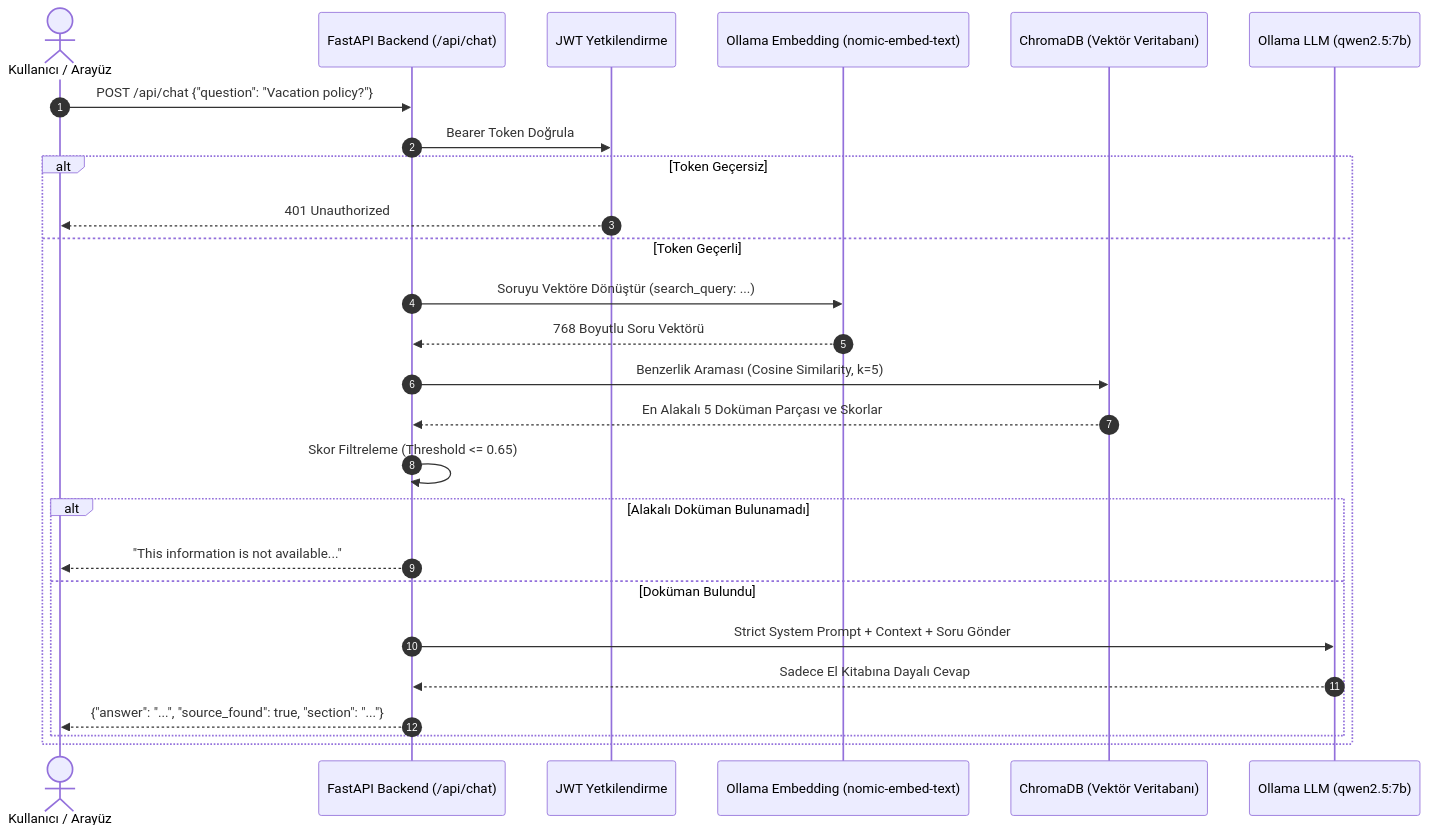
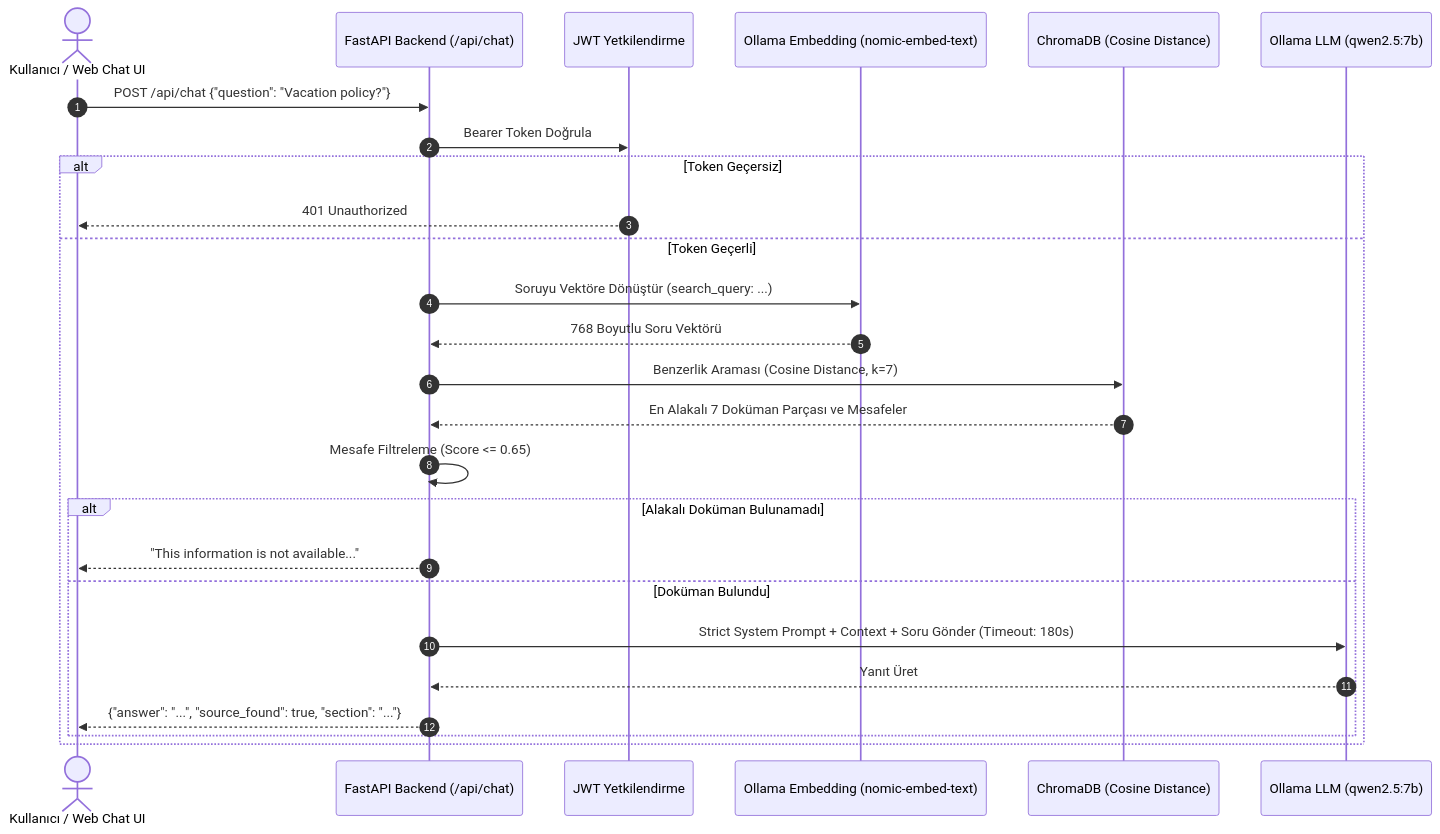
One commit to noovoy-ai/northwestern-rag-backend changed the diagram in all.md. Above: the diagram before and after it, drawn with Mermaid. The commit also changed other lines of this file and 3 other files, not shown here.

Commit message:
fix: resolve cosine distance score thresholds, update RAG prompt, change UI to 100% English, and expand all.md documentation

````diff
--- a/all.md
+++ b/all.md
@@ -73,29 +158,29 @@
 ```mermaid
 sequenceDiagram
     autonumber
-    actor User as Kullanıcı / Arayüz
+    actor User as Kullanıcı / Web Chat UI
     participant API as FastAPI Backend (/api/chat)
     participant Auth as JWT Yetkilendirme
     participant Embed as Ollama Embedding (nomic-embed-text)
-    participant VDB as ChromaDB (Vektör Veritabanı)
+    participant VDB as ChromaDB (Cosine Distance)
     participant LLM as Ollama LLM (qwen2.5:7b)
 
     User->>API: POST /api/chat {"question": "Vacation policy?"}
     API->>Auth: Bearer Token Doğrula
     alt Token Geçersiz
         Auth-->>User: 401 Unauthorized
     else Token Geçerli
         API->>Embed: Soruyu Vektöre Dönüştür (search_query: ...)
         Embed-->>API: 768 Boyutlu Soru Vektörü
-        API->>VDB: Benzerlik Araması (Cosine Similarity, k=5)
-        VDB-->>API: En Alakalı 5 Doküman Parçası ve Skorlar
-        API->>API: Skor Filtreleme (Threshold <= 0.65)
+        API->>VDB: Benzerlik Araması (Cosine Distance, k=7)
+        VDB-->>API: En Alakalı 7 Doküman Parçası ve Mesafeler
+        API->>API: Mesafe Filtreleme (Score <= 0.65)
         alt Alakalı Doküman Bulunamadı
             API-->>User: "This information is not available..."
         else Doküman Bulundu
-            API->>LLM: Strict System Prompt + Context + Soru Gönder
-            LLM-->>API: Sadece El Kitabına Dayalı Cevap
+            API->>LLM: Strict System Prompt + Context + Soru Gönder (Timeout: 180s)
+            LLM-->>API: Yanıt Üret
             API-->>User: {"answer": "...", "source_found": true, "section": "..."}
         end
     end
 ```
````
